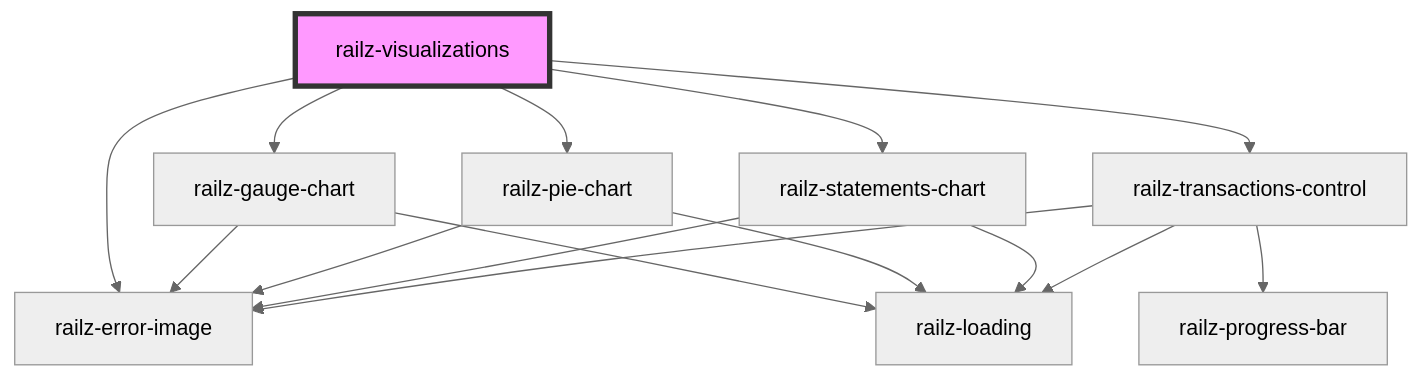
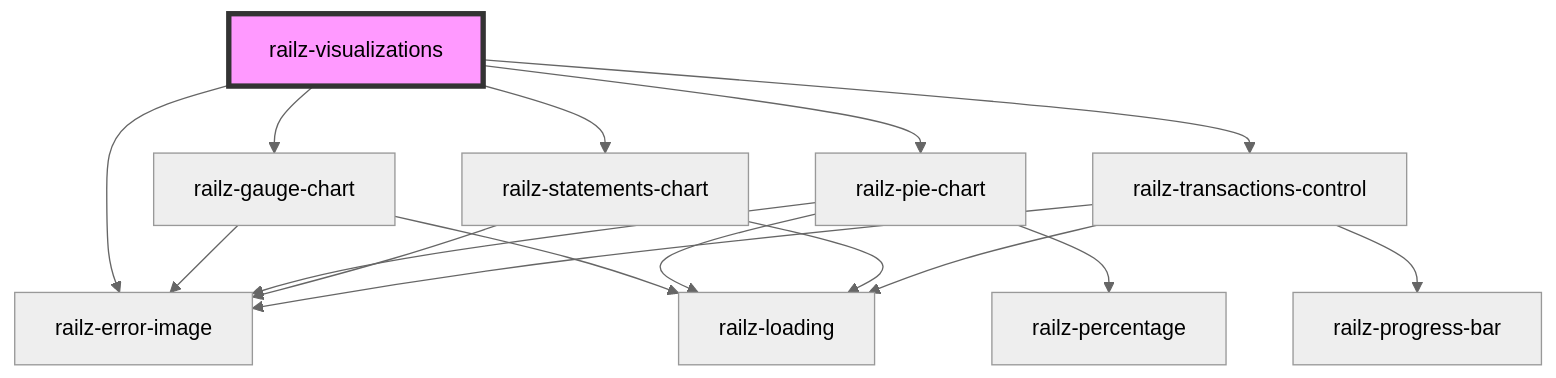
The diagram in packages/components/src/elements/core/readme.md (railz-ai/railz-visualizations), drawn with Mermaid (neutral theme) before and after one commit. The commit also changed 23 other files, not shown here.

````diff
--- a/packages/components/src/elements/core/readme.md
+++ b/packages/components/src/elements/core/readme.md
@@ -25,18 +25,19 @@
 ```mermaid
 graph TD;
   railz-visualizations --> railz-error-image
   railz-visualizations --> railz-gauge-chart
   railz-visualizations --> railz-pie-chart
   railz-visualizations --> railz-statements-chart
   railz-visualizations --> railz-transactions-control
   railz-gauge-chart --> railz-error-image
   railz-gauge-chart --> railz-loading
   railz-pie-chart --> railz-error-image
   railz-pie-chart --> railz-loading
+  railz-pie-chart --> railz-percentage
   railz-statements-chart --> railz-error-image
   railz-statements-chart --> railz-loading
   railz-transactions-control --> railz-error-image
   railz-transactions-control --> railz-loading
   railz-transactions-control --> railz-progress-bar
   style railz-visualizations fill:#f9f,stroke:#333,stroke-width:4px
 ```
````
